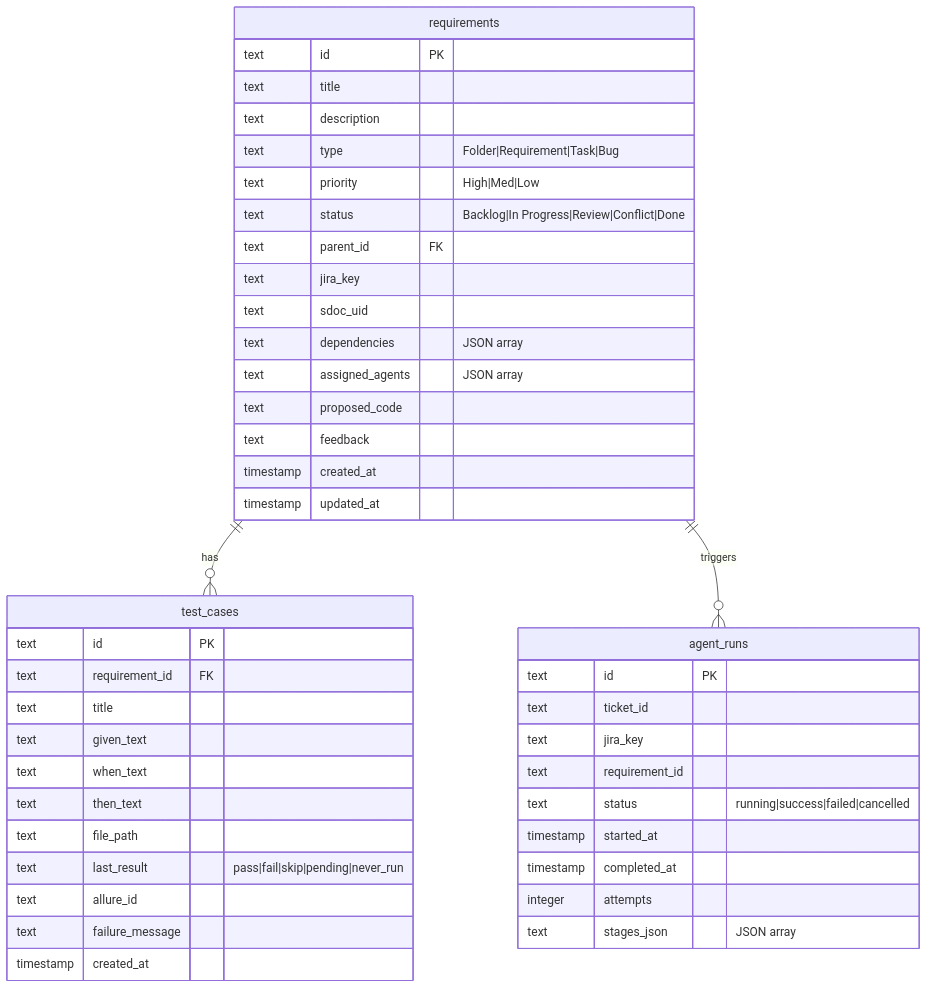
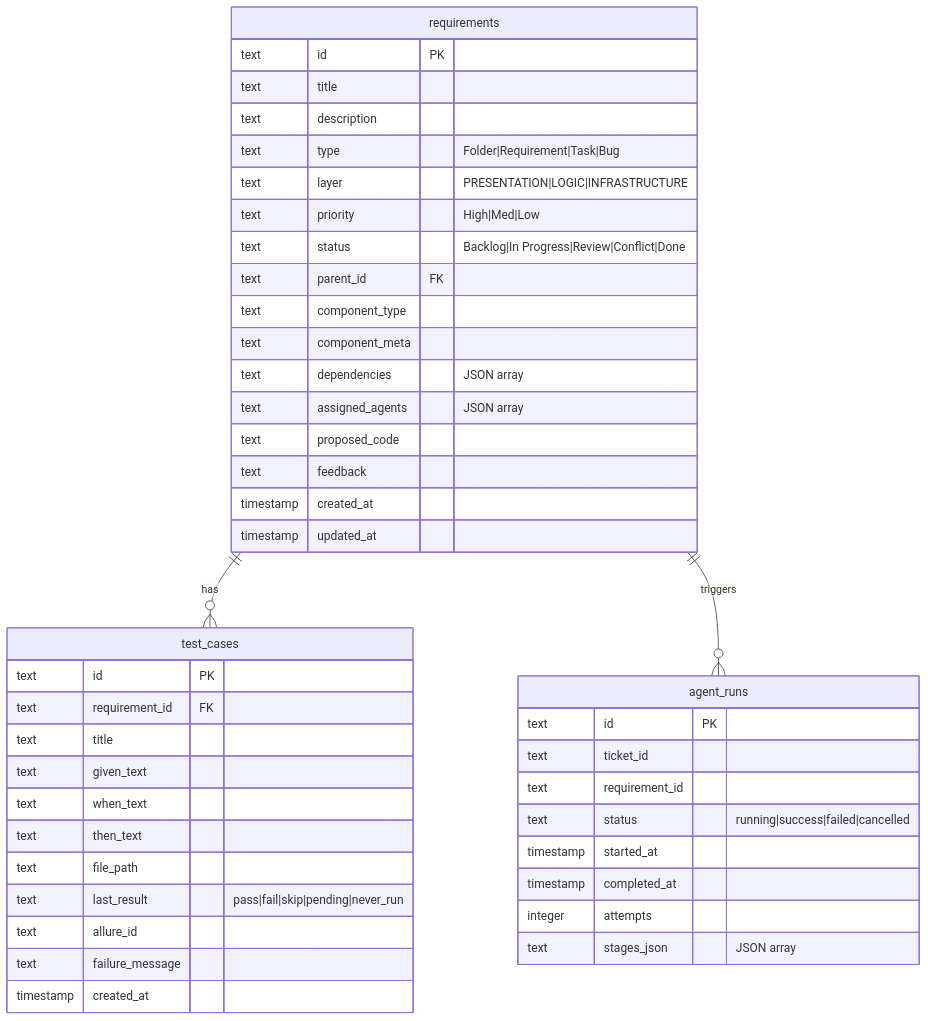
The diagram in vault/01-Architecture/Database Schema.md (AlbinAhlstrom/provable), drawn with Mermaid before and after one commit. The commit also changed other lines of this file and 17 other files, not shown here.

Commit message:
docs: complete massive documentation and architectural synchronization pass across vault and project

````diff
--- a/vault/01-Architecture/Database Schema.md
+++ b/vault/01-Architecture/Database Schema.md
@@ -5,46 +5,46 @@
 ```mermaid
 erDiagram
     requirements ||--o{ test_cases : "has"
     requirements ||--o{ agent_runs : "triggers"
     requirements {
         text id PK
         text title
         text description
         text type "Folder|Requirement|Task|Bug"
+        text layer "PRESENTATION|LOGIC|INFRASTRUCTURE"
         text priority "High|Med|Low"
         text status "Backlog|In Progress|Review|Conflict|Done"
         text parent_id FK
-        text jira_key
-        text sdoc_uid
+        text component_type
+        text component_meta
         text dependencies "JSON array"
         text assigned_agents "JSON array"
         text proposed_code
         text feedback
         timestamp created_at
         timestamp updated_at
     }
     test_cases {
         text id PK
         text requirement_id FK
         text title
         text given_text
         text when_text
         text then_text
         text file_path
         text last_result "pass|fail|skip|pending|never_run"
         text allure_id
         text failure_message
         timestamp created_at
     }
     agent_runs {
         text id PK
         text ticket_id
-        text jira_key
         text requirement_id
         text status "running|success|failed|cancelled"
         timestamp started_at
         timestamp completed_at
         integer attempts
         text stages_json "JSON array"
     }
 ```
````
